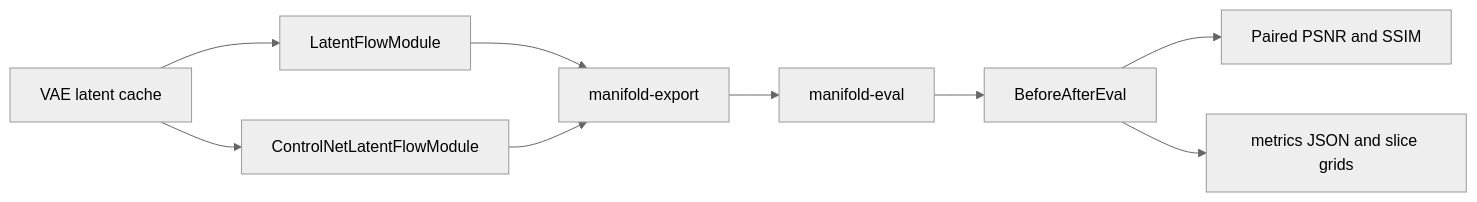
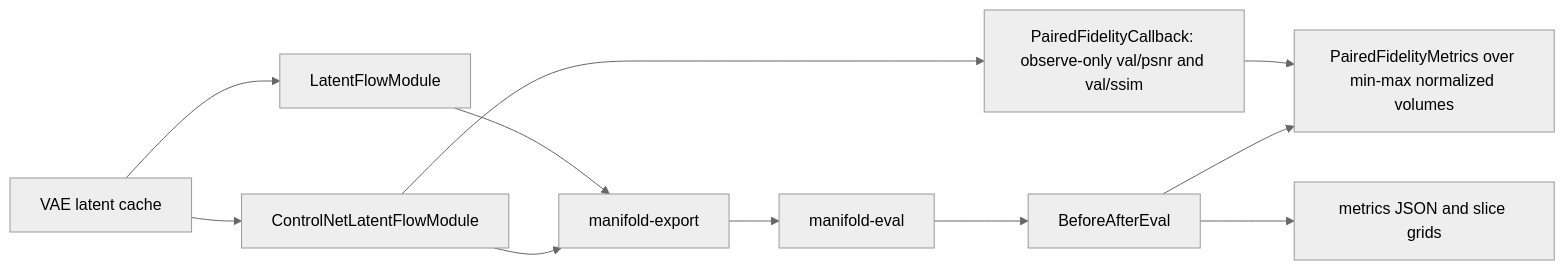
Before and after one commit to ACautomata/manifold: the diagram in openwiki/architecture.md, drawn with Mermaid (neutral theme). The commit also changed other lines of this file and 14 other files, not shown here.

````diff
--- a/openwiki/architecture.md
+++ b/openwiki/architecture.md
@@ -26,11 +83,13 @@
 ```mermaid
 flowchart LR
     Cache["VAE latent cache"] --> JiT["LatentFlowModule"]
     Cache --> ControlNet["ControlNetLatentFlowModule"]
     JiT --> Export["manifold-export"]
     ControlNet --> Export
+    ControlNet --> Monitor["PairedFidelityCallback: observe-only val/psnr and val/ssim"]
     Export --> Eval["manifold-eval"]
     Eval --> Core["BeforeAfterEval"]
-    Core --> Metric["Paired PSNR and SSIM"]
+    Monitor --> Metric["PairedFidelityMetrics over min-max normalized volumes"]
+    Core --> Metric
     Core --> Artifacts["metrics JSON and slice grids"]
 ```
````
